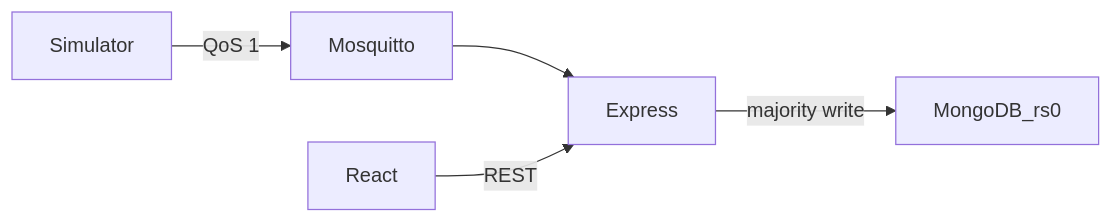
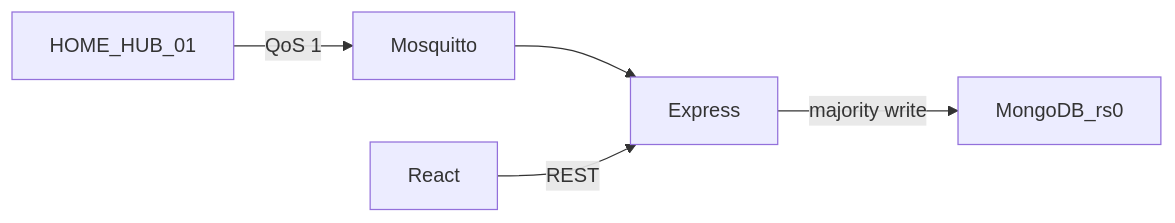
The diagram in README.md (Sushey01/smart-tank-automation), drawn with Mermaid before and after one commit. The commit also changed other lines of this file and 44 other files, not shown here.

````diff
--- a/README.md
+++ b/README.md
@@ -22,11 +19,11 @@
 ```mermaid
 flowchart LR
-  sim[Simulator]
+  sim[HOME_HUB_01]
   mqtt[Mosquitto]
   api[Express]
   rs0[MongoDB_rs0]
   web[React]
   sim -->|QoS 1| mqtt --> api
   api -->|majority write| rs0
   web -->|REST| api
 ```
````
